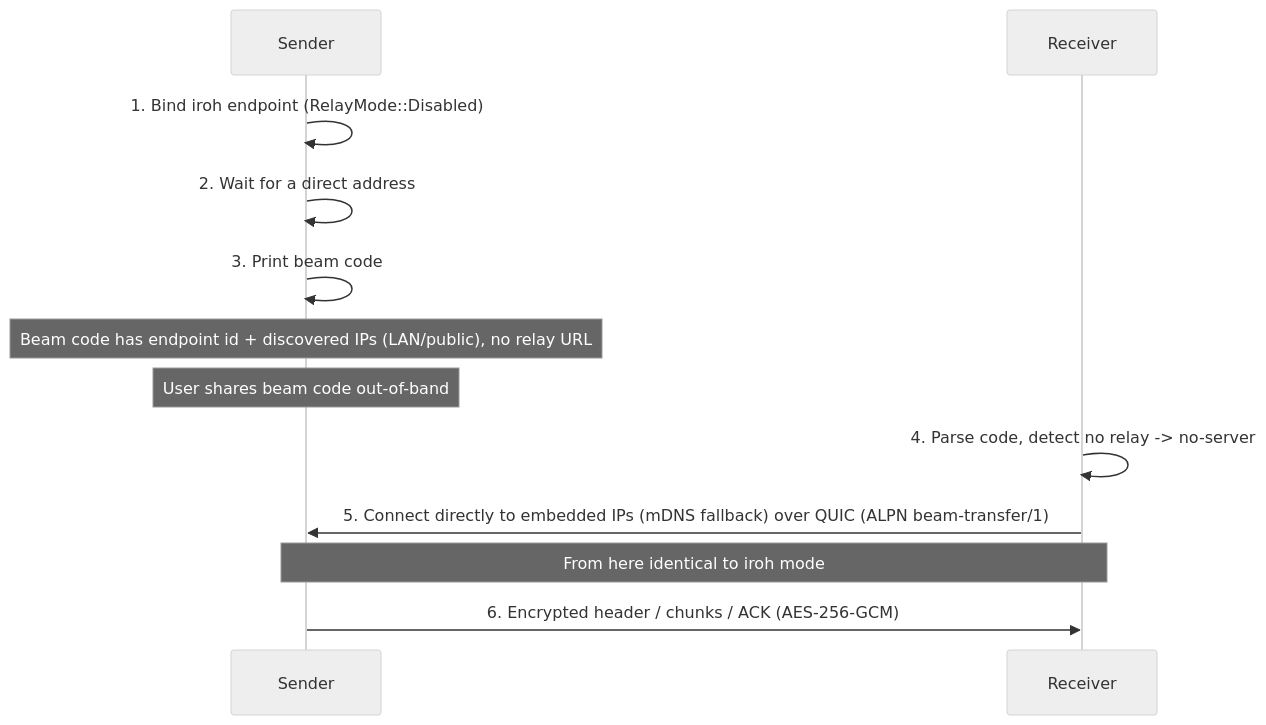
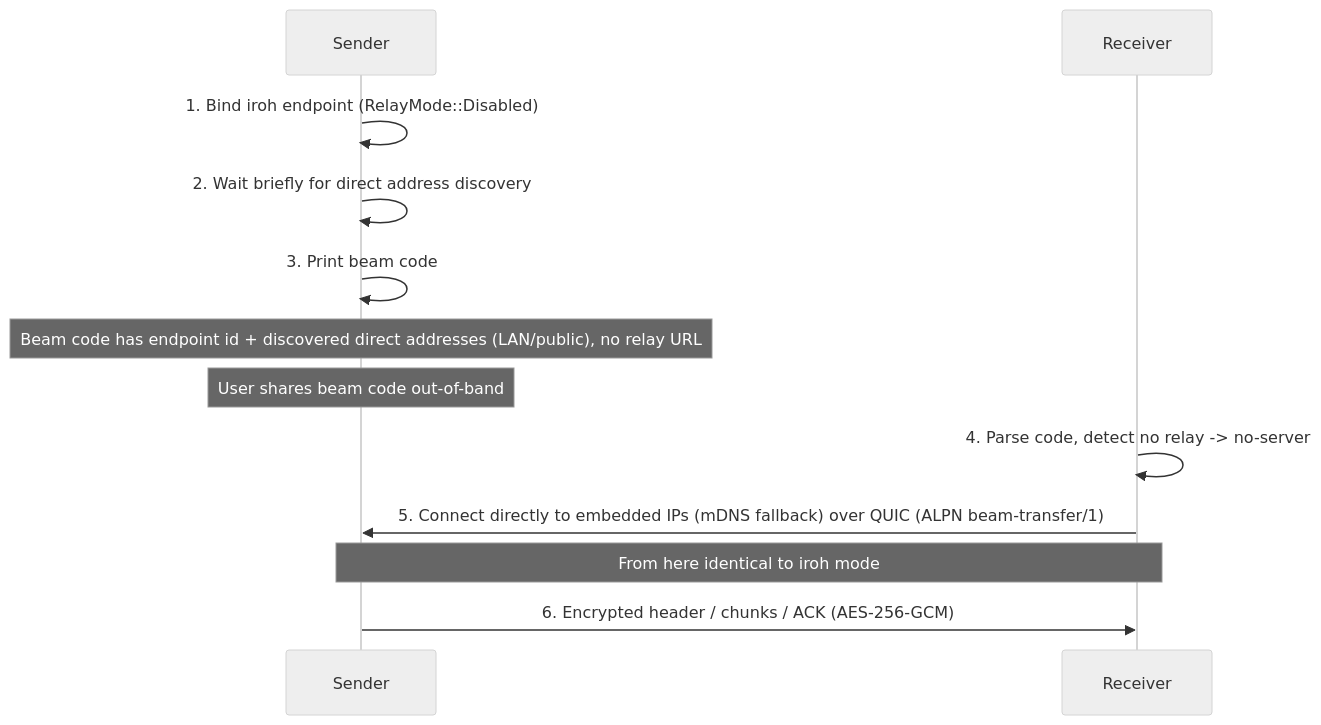
Before and after one commit to andrewtheguy/beam-rs: the second of 3 diagrams in docs/ARCHITECTURE.md, drawn with Mermaid (neutral theme). The commit also changed other lines of this file and 15 other files, not shown here.

````diff
--- a/docs/ARCHITECTURE.md
+++ b/docs/ARCHITECTURE.md
@@ -79,18 +81,18 @@
 ```mermaid
 sequenceDiagram
     participant Sender
     participant Receiver
 
     Sender->>Sender: 1. Bind iroh endpoint (RelayMode::Disabled)
-    Sender->>Sender: 2. Wait for a direct address
+    Sender->>Sender: 2. Wait briefly for direct address discovery
     Sender->>Sender: 3. Print beam code
-    Note over Sender: Beam code has endpoint id + discovered IPs (LAN/public), no relay URL
+    Note over Sender: Beam code has endpoint id + discovered direct addresses (LAN/public), no relay URL
 
     Note over Sender: User shares beam code out-of-band
 
     Receiver->>Receiver: 4. Parse code, detect no relay -> no-server
     Receiver->>Sender: 5. Connect directly to embedded IPs (mDNS fallback) over QUIC (ALPN beam-transfer/1)
 
     Note over Sender,Receiver: From here identical to iroh mode
     Sender->>Receiver: 6. Encrypted header / chunks / ACK (AES-256-GCM)
 ```
````
